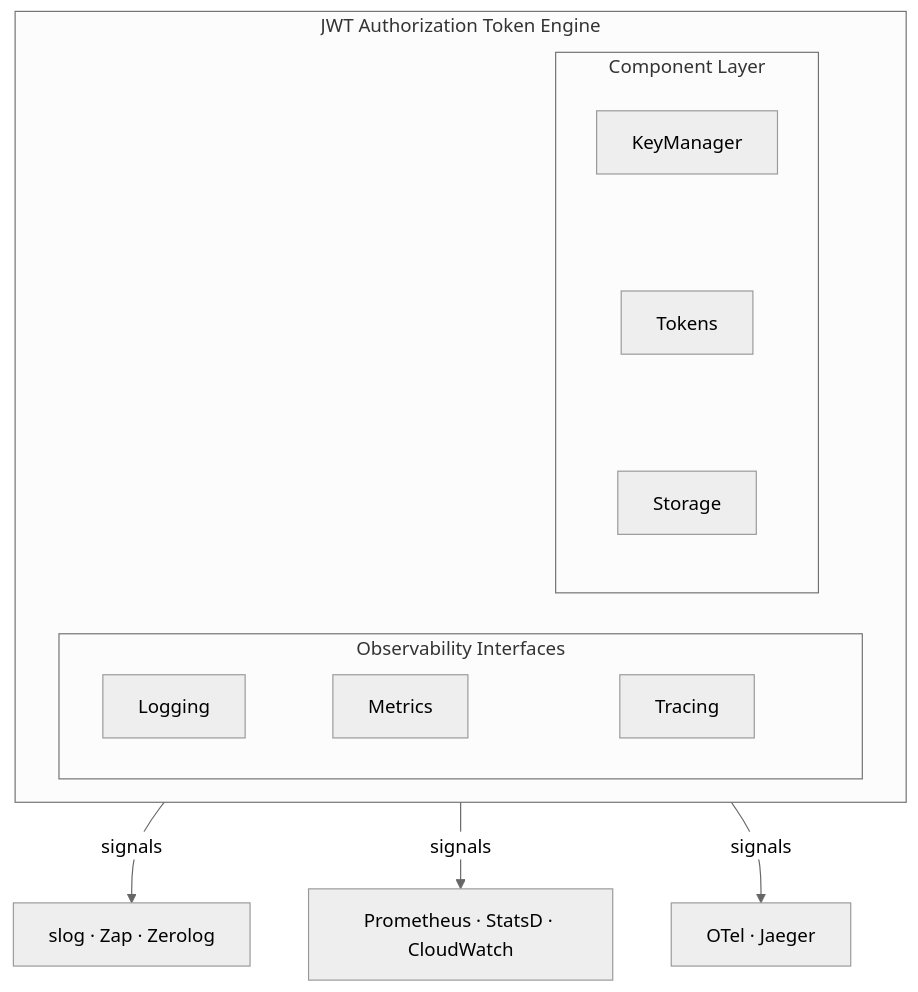
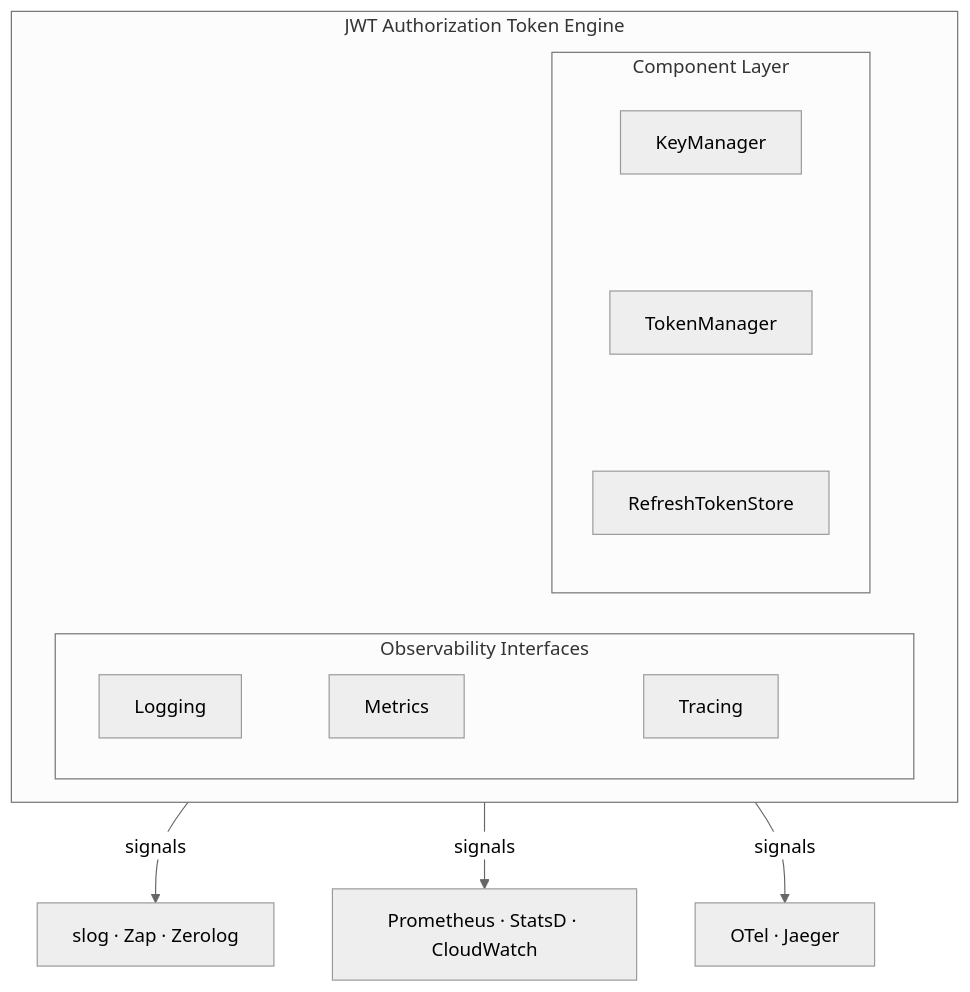
The diagram in doc/ARCHITECTURE.md (aetomala/jwtauth), drawn with Mermaid (neutral theme) before and after one commit. The commit also changed other lines of this file, not shown here.

First line of the commit message:
doc: update ARCHITECTURE.md to v0.5.0 accuracy (#205)

````diff
--- a/doc/ARCHITECTURE.md
+++ b/doc/ARCHITECTURE.md
@@ -113,15 +112,15 @@
 ```mermaid
 graph TB
     subgraph sys["JWT Authorization Token Engine"]
         direction LR
         subgraph obs["Observability Interfaces"]
             L[Logging] ~~~ M[Metrics] ~~~ T[Tracing]
         end
         subgraph comp["Component Layer"]
-            KM[KeyManager] ~~~ TK[Tokens] ~~~ ST[Storage]
+            KM[KeyManager] ~~~ TK[TokenManager] ~~~ ST[RefreshTokenStore]
         end
     end
     L -- signals --> slog["slog · Zap · Zerolog"]
     M -- signals --> prom["Prometheus · StatsD · CloudWatch"]
     T -- signals --> otel["OTel · Jaeger"]
 ```
````
